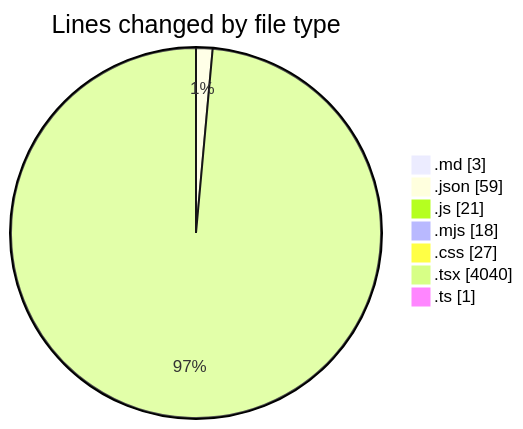
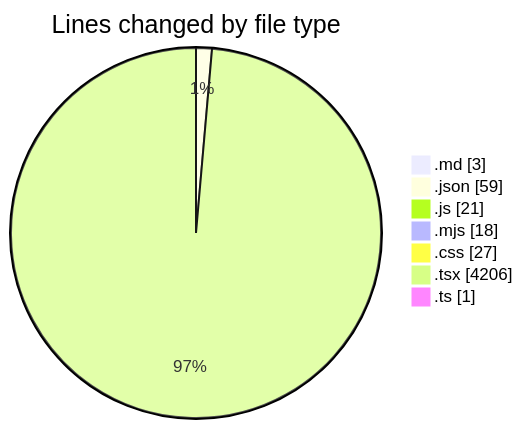
One commit to Ritupan-Deka/code-tracking changed the first of 2 diagrams in 2025-06-18/scopesketch-app/README.md. Above: the diagram before and after it, drawn with Mermaid. The commit also changed other lines of this file and 1 other file, not shown here.

````diff
--- a/2025-06-18/scopesketch-app/README.md
+++ b/2025-06-18/scopesketch-app/README.md
@@ -29,11 +30,11 @@
 ```mermaid
 pie showData
 title Lines changed by file type
 ".md" : 3
 ".json" : 59
 ".js" : 21
 ".mjs" : 18
 ".css" : 27
-".tsx" : 4040
+".tsx" : 4206
 ".ts" : 1
 ```
````
